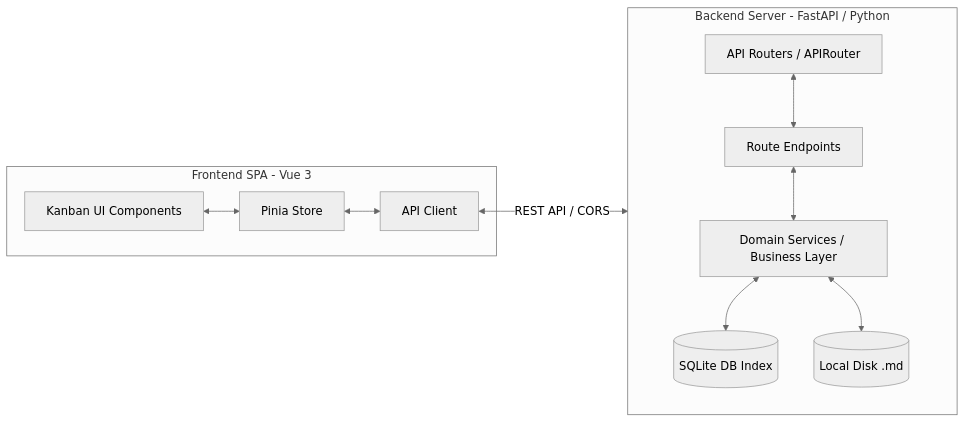
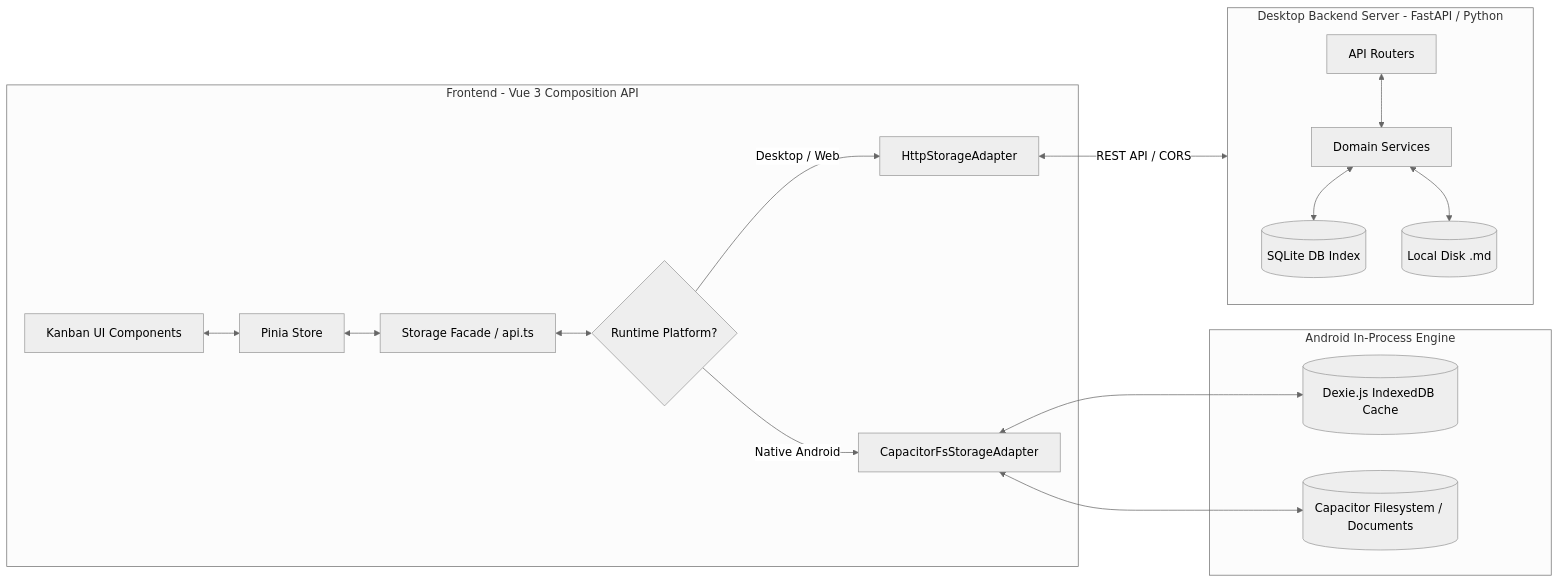
One commit to simon123h/Jotter changed the third of 4 diagrams in docs/developer/architecture.md. Above: the diagram before and after it, drawn with Mermaid (neutral theme). The commit also changed other lines of this file and 6 other files, not shown here.

Commit message:
docs: add Android mobile app guide and local emulator/preview instructions

````diff
--- a/docs/developer/architecture.md
+++ b/docs/developer/architecture.md
@@ -66,17 +66,24 @@
 ```mermaid
 flowchart LR
-    subgraph Frontend [Frontend SPA - Vue 3]
+    subgraph Frontend [Frontend - Vue 3 Composition API]
         UI[Kanban UI Components] <--> Store[Pinia Store]
-        Store <--> Client[API Client]
+        Store <--> Proxy[Storage Facade / api.ts]
+        Proxy <--> Adapter{Runtime Platform?}
+        Adapter -->|Desktop / Web| HttpAdapter[HttpStorageAdapter]
+        Adapter -->|Native Android| CapAdapter[CapacitorFsStorageAdapter]
     end
 
-    subgraph Backend [Backend Server - FastAPI / Python]
+    subgraph NativeMobile [Android In-Process Engine]
+        CapAdapter <--> DexieDB[(Dexie.js IndexedDB Cache)]
+        CapAdapter <--> CapFS[(Capacitor Filesystem / Documents)]
+    end
+
+    subgraph DesktopBackend [Desktop Backend Server - FastAPI / Python]
         direction TB
-        Router[API Routers / APIRouter] <--> Controllers[Route Endpoints]
-        Controllers <--> Services[Domain Services / Business Layer]
+        Router[API Routers] <--> Services[Domain Services]
         Services <--> Database[(SQLite DB Index)]
         Services <--> Disk[(Local Disk .md)]
     end
 
-    Client <-->|REST API / CORS| Router
+    HttpAdapter <-->|REST API / CORS| Router
 ```
````
